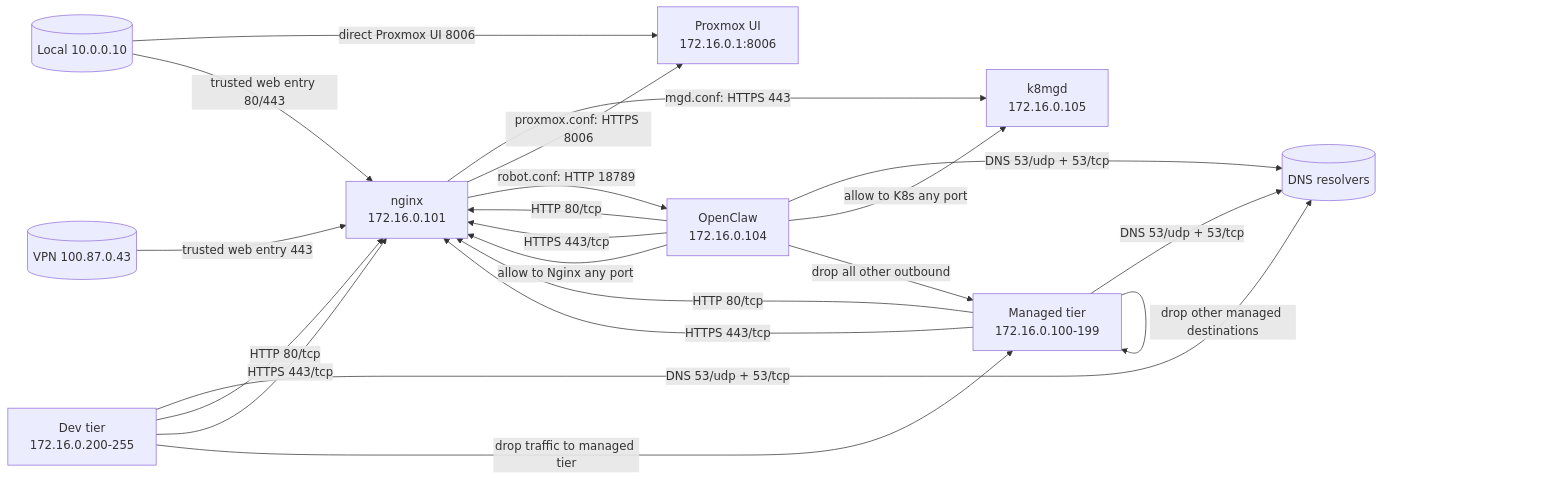
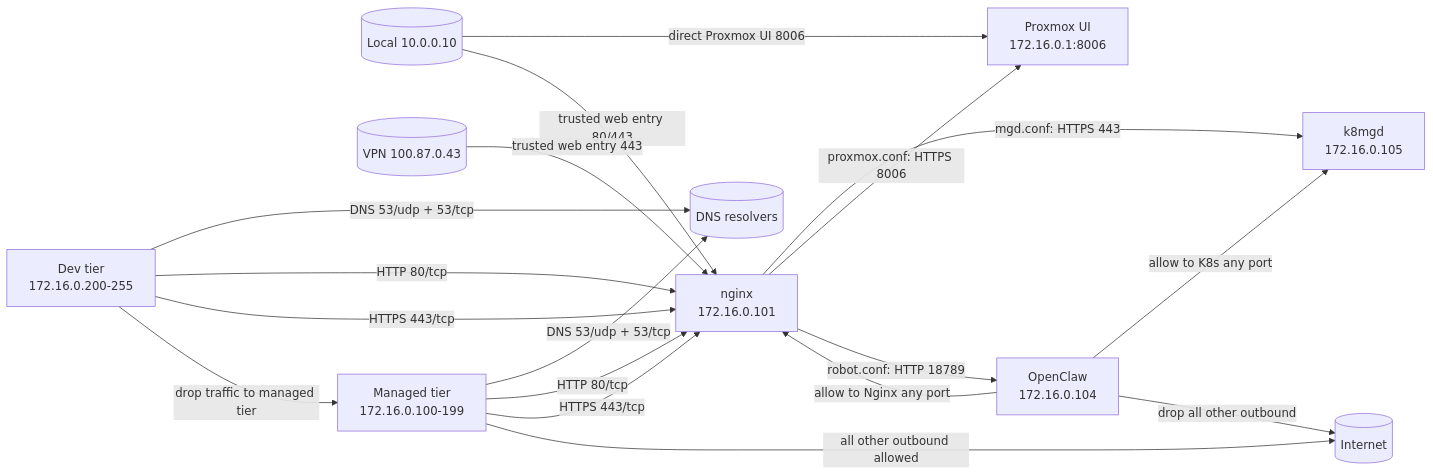
One commit to nirmalhk7/operationscenter changed the diagram in infrastructure/terra/proxmox/README.md. Above: the diagram before and after it, drawn with Mermaid. The commit also changed other lines of this file, not shown here.

````diff
--- a/infrastructure/terra/proxmox/README.md
+++ b/infrastructure/terra/proxmox/README.md
@@ -9,37 +9,35 @@
 ```mermaid
 flowchart LR
   Local[(Local 10.0.0.10)]
   VPN[(VPN 100.87.0.43)]
   DNS[(DNS resolvers)]
+  Internet[(Internet)]
   Nginx["nginx<br/>172.16.0.101"]
   K8s["k8mgd<br/>172.16.0.105"]
   OpenClaw["OpenClaw<br/>172.16.0.104"]
   ProxmoxUI["Proxmox UI<br/>172.16.0.1:8006"]
   ManagedNet["Managed tier<br/>172.16.0.100-199"]
   DevNet["Dev tier<br/>172.16.0.200-255"]
 
   Local -->|direct Proxmox UI 8006| ProxmoxUI
   Local -->|trusted web entry 80/443| Nginx
   VPN -->|trusted web entry 443| Nginx
 
   Nginx -->|mgd.conf: HTTPS 443| K8s
   Nginx -->|proxmox.conf: HTTPS 8006| ProxmoxUI
   Nginx -->|robot.conf: HTTP 18789| OpenClaw
 
   ManagedNet -->|DNS 53/udp + 53/tcp| DNS
   ManagedNet -->|HTTP 80/tcp| Nginx
   ManagedNet -->|HTTPS 443/tcp| Nginx
-  ManagedNet -->|drop other managed destinations| ManagedNet
+  ManagedNet -->|all other outbound allowed| Internet
 
   DevNet -->|DNS 53/udp + 53/tcp| DNS
   DevNet -->|HTTP 80/tcp| Nginx
   DevNet -->|HTTPS 443/tcp| Nginx
   DevNet -->|drop traffic to managed tier| ManagedNet
 
-  OpenClaw -->|DNS 53/udp + 53/tcp| DNS
-  OpenClaw -->|HTTP 80/tcp| Nginx
-  OpenClaw -->|HTTPS 443/tcp| Nginx
   OpenClaw -->|allow to Nginx any port| Nginx
   OpenClaw -->|allow to K8s any port| K8s
-  OpenClaw -->|drop all other outbound| ManagedNet
+  OpenClaw -->|drop all other outbound| Internet
 ```
````
